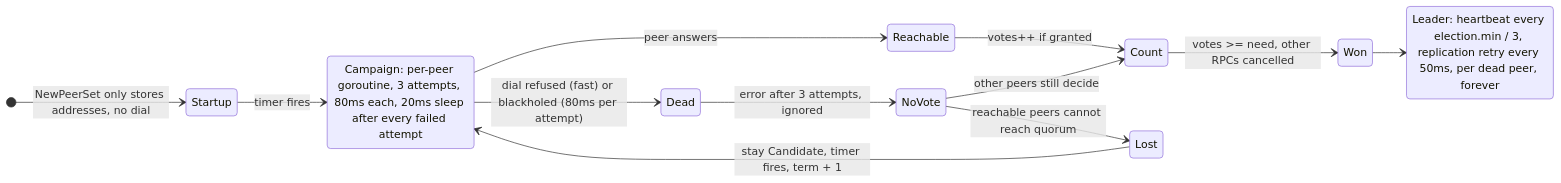
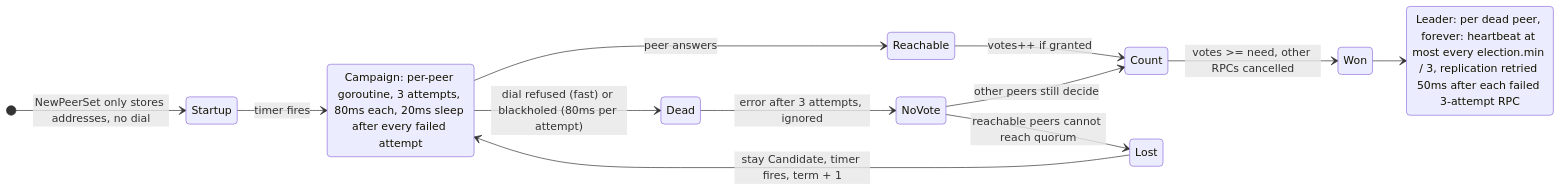
The eighth of 8 diagrams in flow/4. cluster-startup-cases.md (Tarun-Elango/hobbyDB), drawn with Mermaid before and after one commit. The commit also changed other lines of this file and 3 other files, not shown here.

Commit message:
fixing state diagrams

````diff
--- a/flow/4. cluster-startup-cases.md
+++ b/flow/4. cluster-startup-cases.md
@@ -235,17 +236,17 @@
 ```mermaid
 stateDiagram-v2
     direction LR
     [*] --> Startup: NewPeerSet only stores addresses, no dial
     Startup --> Campaign: timer fires
     state "Campaign: per-peer goroutine, 3 attempts, 80ms each, 20ms sleep after every failed attempt" as Campaign
     Campaign --> Reachable: peer answers
     Campaign --> Dead: dial refused (fast) or blackholed (80ms per attempt)
     Reachable --> Count: votes++ if granted
     Dead --> NoVote: error after 3 attempts, ignored
     Count --> Won: votes >= need, other RPCs cancelled
     NoVote --> Count: other peers still decide
     NoVote --> Lost: reachable peers cannot reach quorum
     Lost --> Campaign: stay Candidate, timer fires, term + 1
     Won --> Leader
-    state "Leader: heartbeat every election.min / 3, replication retry every 50ms, per dead peer, forever" as Leader
+    state "Leader: per dead peer, forever: heartbeat at most every election.min / 3, replication retried 50ms after each failed 3-attempt RPC" as Leader
 ```
````
